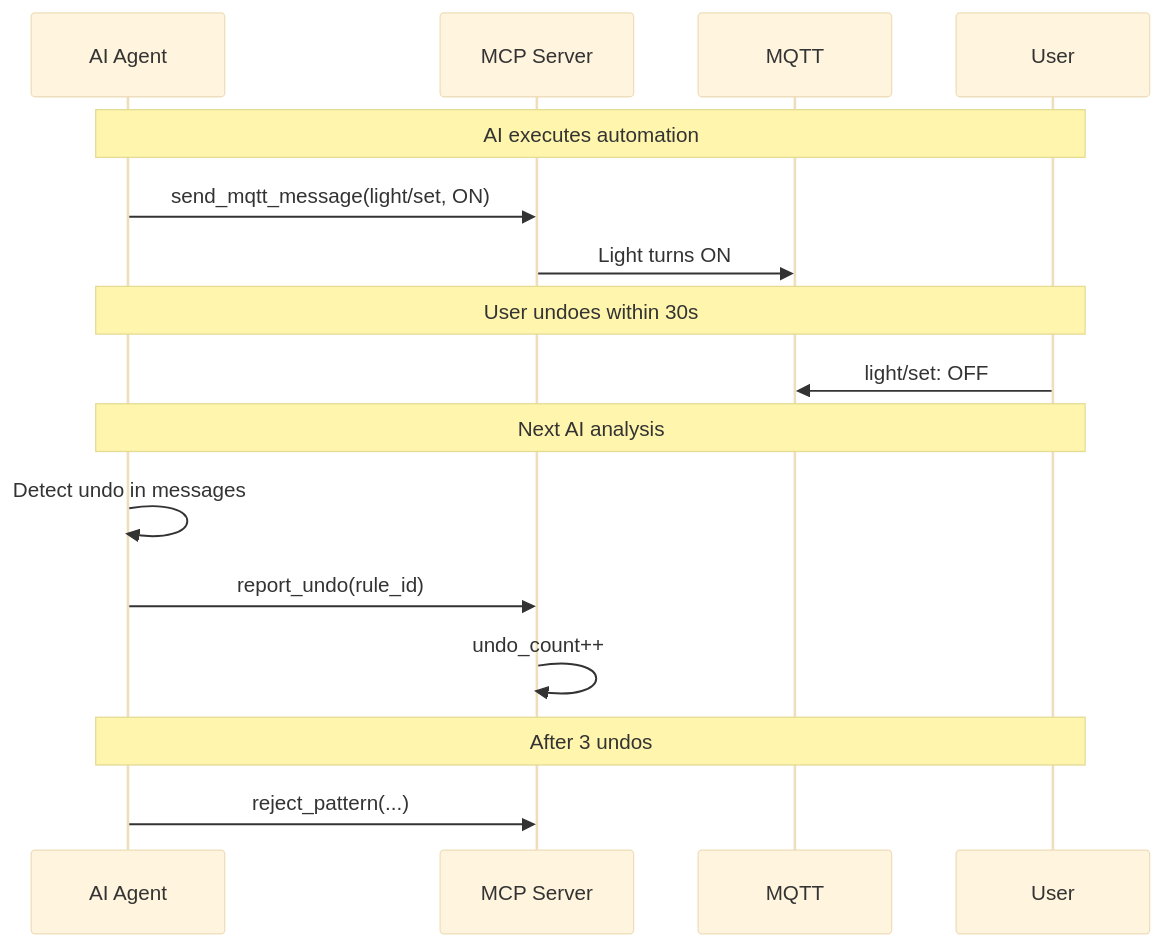
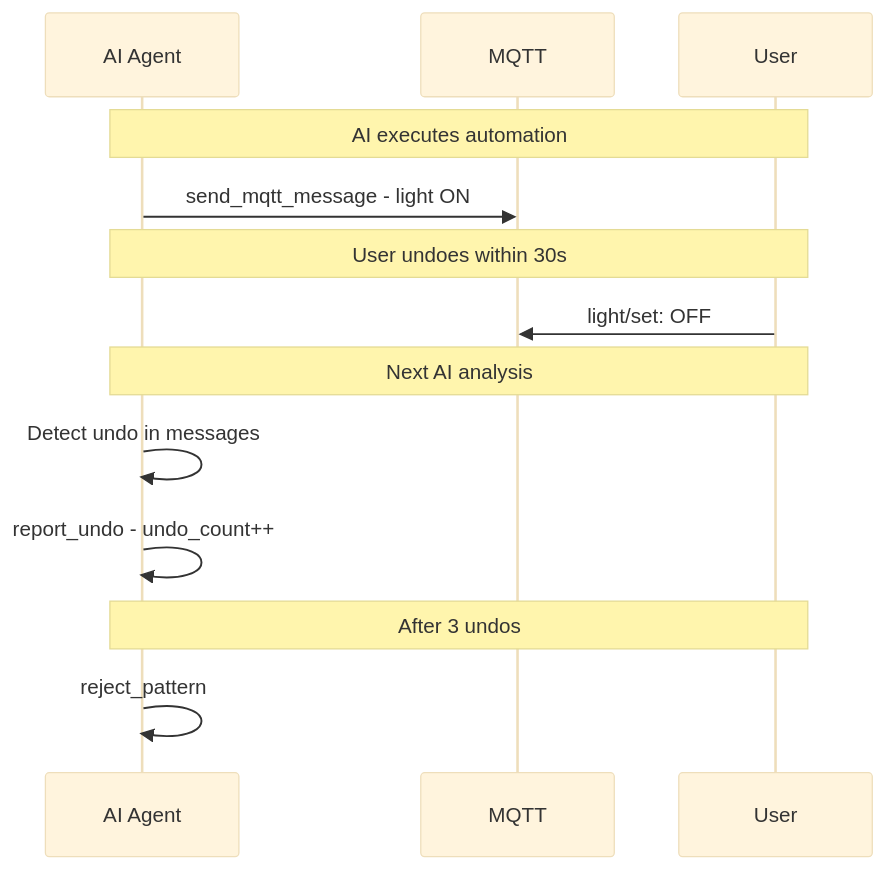
Before and after one commit to mvklingeren/mqtt2ai: the fifth of 5 diagrams in README.md, drawn with Mermaid (base theme). The commit also changed other lines of this file, not shown here.

````diff
--- a/README.md
+++ b/README.md
@@ -207,22 +260,19 @@
 ```mermaid
 sequenceDiagram
     participant AI as AI Agent
-    participant MCP as MCP Server
     participant MQTT
     participant User
 
     Note over AI,User: AI executes automation
-    AI->>MCP: send_mqtt_message(light/set, ON)
-    MCP->>MQTT: Light turns ON
+    AI->>MQTT: send_mqtt_message - light ON
     
     Note over AI,User: User undoes within 30s
     User->>MQTT: light/set: OFF
     
     Note over AI,User: Next AI analysis
     AI->>AI: Detect undo in messages
-    AI->>MCP: report_undo(rule_id)
-    MCP->>MCP: undo_count++ 
+    AI->>AI: report_undo - undo_count++
     
     Note over AI,User: After 3 undos
-    AI->>MCP: reject_pattern(...)
+    AI->>AI: reject_pattern
 ```
````
